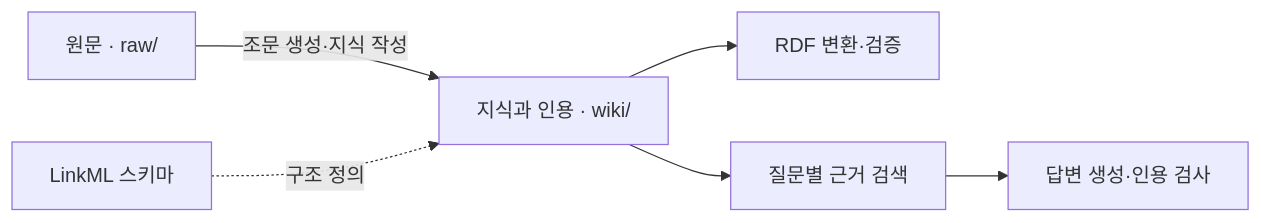
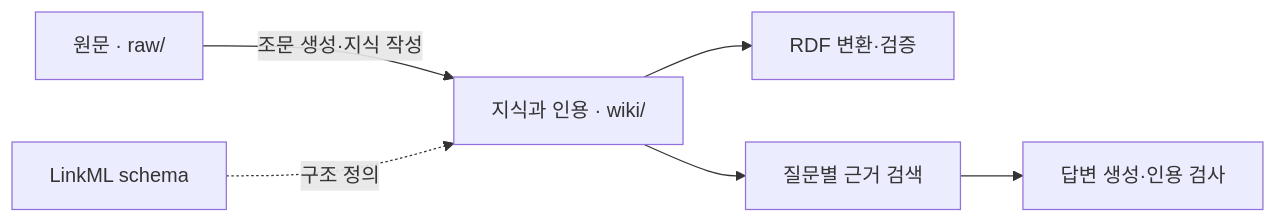
One commit to utact/kr-employment-ontology changed the diagram in README.md. Above: the diagram before and after it, drawn with Mermaid. The commit also changed other lines of this file and 10 other files, not shown here.

````diff
--- a/README.md
+++ b/README.md
@@ -37,8 +37,8 @@
 ```mermaid
 flowchart LR
     A["원문 · raw/"] -->|조문 생성·지식 작성| B["지식과 인용 · wiki/"]
-    S["LinkML 스키마"] -.->|구조 정의| B
+    S["LinkML schema"] -.->|구조 정의| B
     B --> C["RDF 변환·검증"]
     B --> D["질문별 근거 검색"]
     D --> E["답변 생성·인용 검사"]
 ```
````
